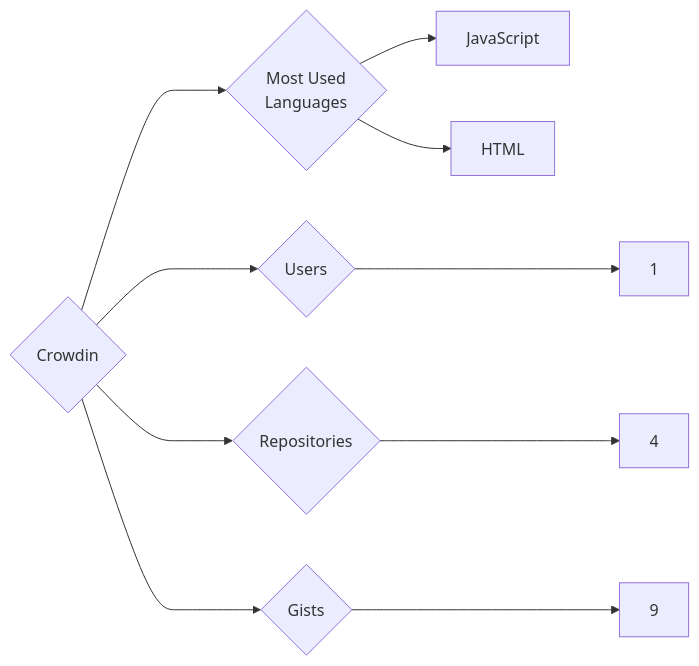
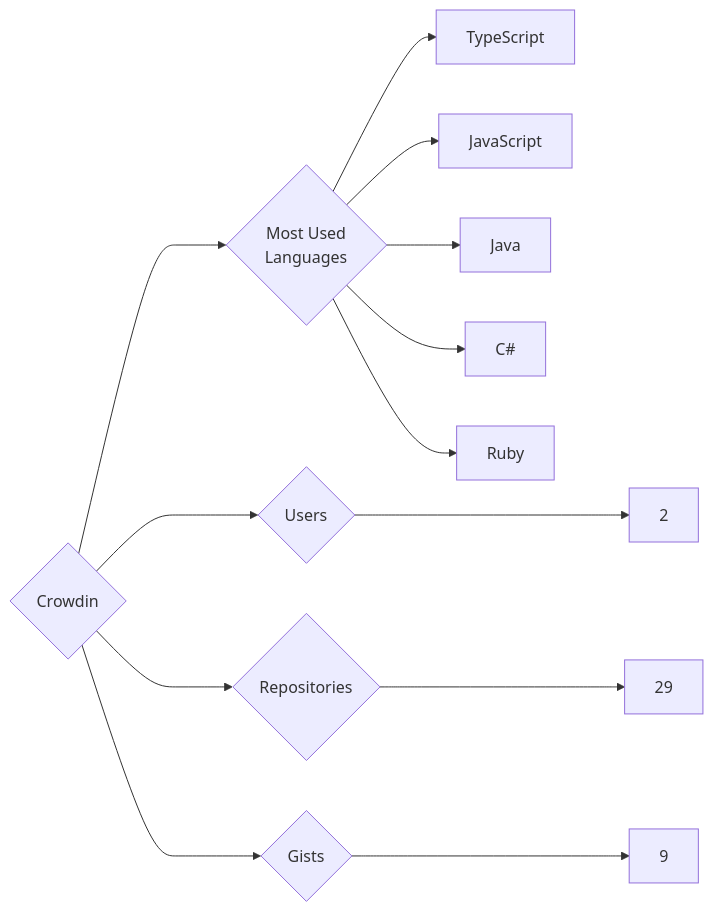
The diagram in targets/Crowdin/README.md (trickest/insiders), drawn with Mermaid before and after one commit. The commit also changed 736 other files, not shown here.

````diff
--- a/targets/Crowdin/README.md
+++ b/targets/Crowdin/README.md
@@ -3,10 +3,13 @@
 ```mermaid
 graph LR
 COMPANY_NAME{Crowdin}
-COMPANY_NAME ---> U{Users} ---> UN[1]
-COMPANY_NAME ---> R{Repositories} ---> RN[4]
+COMPANY_NAME ---> U{Users} ---> UN[2]
+COMPANY_NAME ---> R{Repositories} ---> RN[29]
 COMPANY_NAME ---> G{Gists} ---> GN[9]
 COMPANY_NAME ---> ML{Most Used<br>Languages}
+ML --> TypeScript[TypeScript]
 ML --> JavaScript[JavaScript]
-ML --> HTML[HTML]
+ML --> Java[Java]
+ML --> C#[C#]
+ML --> Ruby[Ruby]
 ```
````
